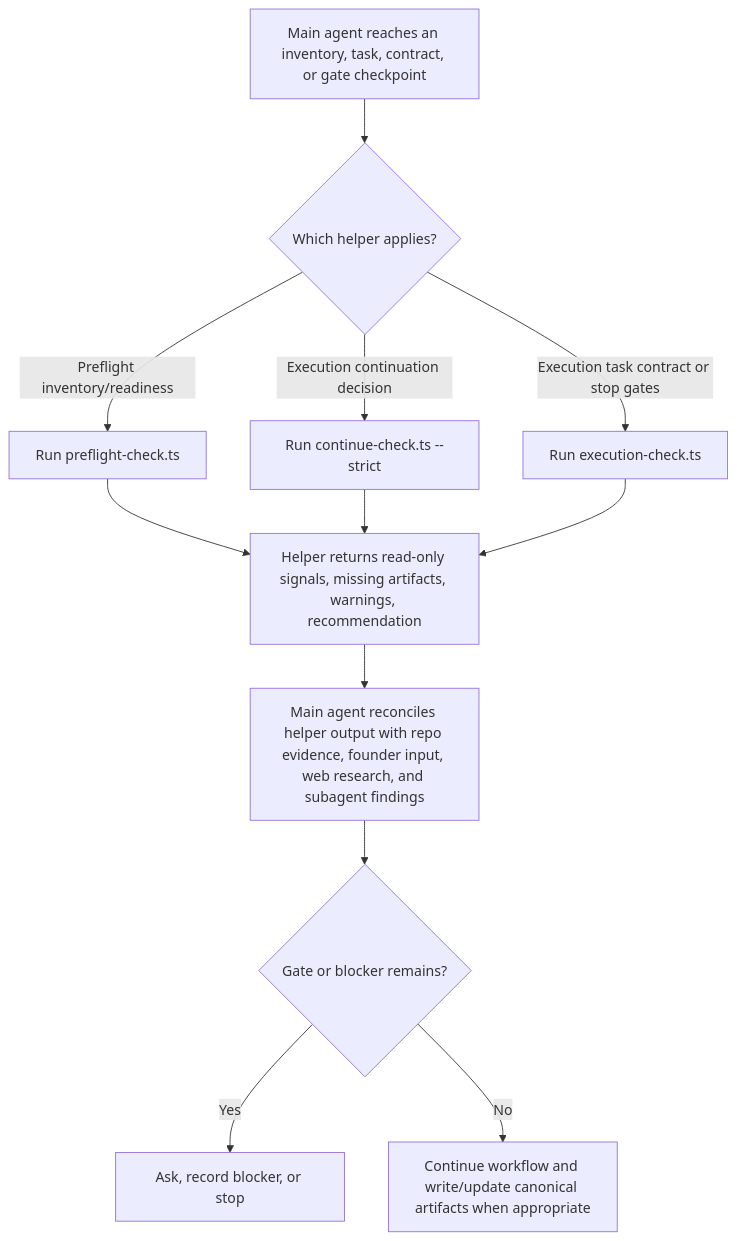
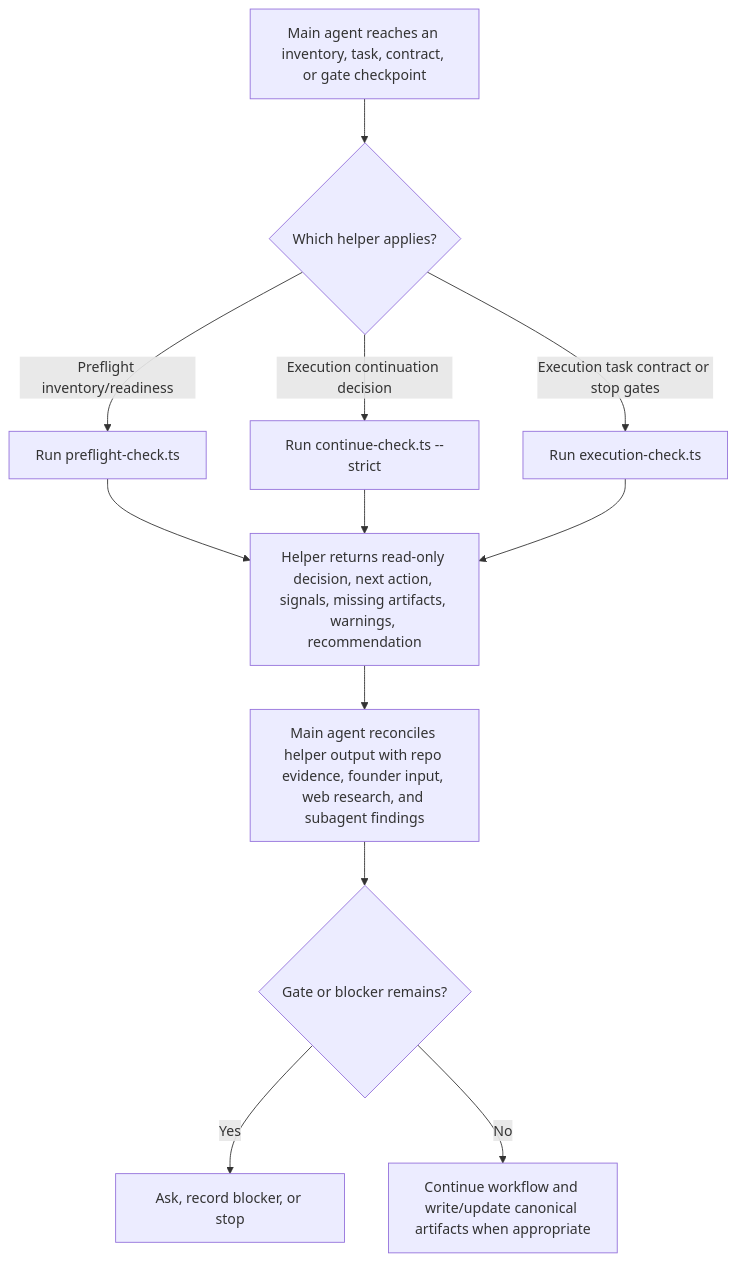
The eighth of 10 diagrams in agent-skills-flow-diagrams.md (pax-k/build-right), drawn with Mermaid before and after one commit. The commit also changed other lines of this file and 15 other files, not shown here.

````diff
--- a/agent-skills-flow-diagrams.md
+++ b/agent-skills-flow-diagrams.md
@@ -274,18 +282,18 @@
 ```mermaid
 flowchart TD
   A["Main agent reaches an inventory, task, contract, or gate checkpoint"] --> B{"Which helper applies?"}
 
   B -->|"Preflight inventory/readiness"| C["Run preflight-check.ts"]
   B -->|"Execution continuation decision"| D["Run continue-check.ts --strict"]
   B -->|"Execution task contract or stop gates"| D1["Run execution-check.ts"]
 
-  C --> E["Helper returns read-only signals, missing artifacts, warnings, recommendation"]
+  C --> E["Helper returns read-only decision, next action, signals, missing artifacts, warnings, recommendation"]
   D --> E
   D1 --> E
 
   E --> F["Main agent reconciles helper output with repo evidence, founder input, web research, and subagent findings"]
   F --> G{"Gate or blocker remains?"}
 
   G -->|"Yes"| H["Ask, record blocker, or stop"]
   G -->|"No"| I["Continue workflow and write/update canonical artifacts when appropriate"]
 ```
````
